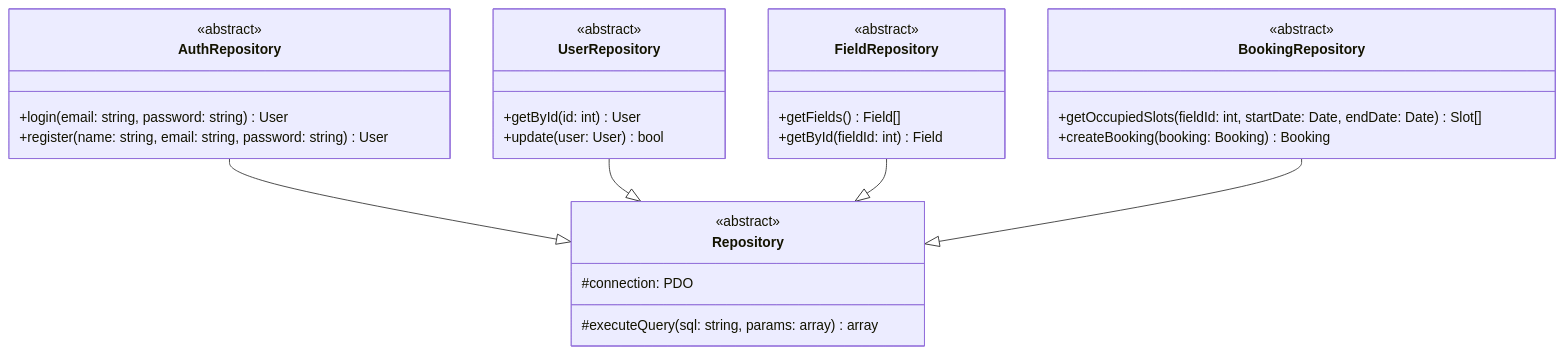
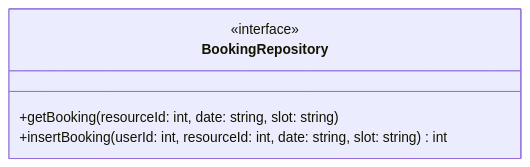
The second of 7 diagrams in consegna docu/architettura_base/Repository.md (mb4dev/progetto-prova), drawn with Mermaid before and after one commit. The commit also changed other lines of this file and 6 other files, not shown here.

````diff
--- a/consegna docu/architettura_base/Repository.md
+++ b/consegna docu/architettura_base/Repository.md
@@ -33,40 +25,8 @@
 ```mermaid
 classDiagram
-class Repository {
-    <<abstract>>
-    #connection: PDO
-    #executeQuery(sql: string, params: array) array
+class BookingRepository {
+    <<interface>>
+    +getBooking(resourceId: int, date: string, slot: string)
+    +insertBooking(userId: int, resourceId: int, date: string, slot: string) int
 }
-
-class AuthRepository {
-    <<abstract>>
-    +login(email: string, password: string) User
-    +register(name: string, email: string, password: string) User
-}
-
-class UserRepository {
-    <<abstract>>
-    +getById(id: int) User
-    +update(user: User) bool
-}
-
-
-class FieldRepository {
-    <<abstract>>
-    +getFields() Field[]
-    +getById(fieldId: int) Field
-}
-
-class BookingRepository {
-    <<abstract>>
-	+getOccupiedSlots(fieldId: int, startDate: Date, endDate: Date) Slot[]
-    +createBooking(booking: Booking) Booking
-}
-
-
-
-AuthRepository --|> Repository
-UserRepository --|> Repository
-FieldRepository --|> Repository
-BookingRepository --|> Repository
 ```
````
